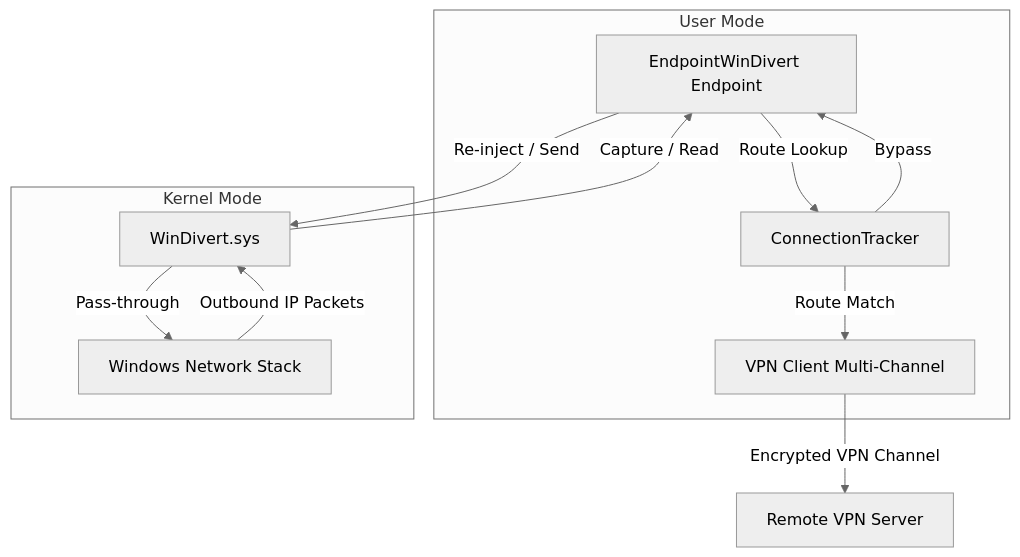
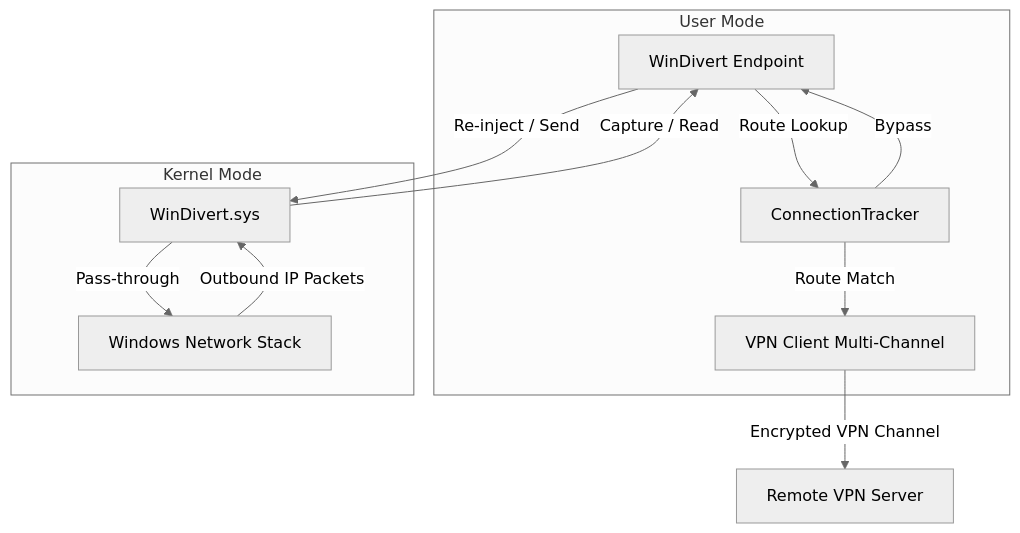
Before and after one commit to kghost/great-hole: the diagram in src/core/windows/DESIGN.md, drawn with Mermaid (neutral theme). The commit also changed other lines of this file and 6 other files, not shown here.

Commit message:
feat: implement WinDivert endpoint for Windows network redirection and add build workflow documentation

````diff
--- a/src/core/windows/DESIGN.md
+++ b/src/core/windows/DESIGN.md
@@ -9,23 +9,23 @@
 ```mermaid
 graph TD
     subgraph User Mode
         VpnClient[VPN Client Multi-Channel]
-        EndpointWinDivert[EndpointWinDivert Endpoint]
+        WinDivert[WinDivert Endpoint]
         ConnTrack[ConnectionTracker]
     end
     subgraph Kernel Mode
         WinDivertDriver[WinDivert.sys]
         NetStack[Windows Network Stack]
     end
     
     NetStack -->|Outbound IP Packets| WinDivertDriver
-    WinDivertDriver -->|Capture / Read| EndpointWinDivert
-    EndpointWinDivert -->|Route Lookup| ConnTrack
+    WinDivertDriver -->|Capture / Read| WinDivert
+    WinDivert -->|Route Lookup| ConnTrack
     
-    ConnTrack -->|Bypass| EndpointWinDivert
-    EndpointWinDivert -->|Re-inject / Send| WinDivertDriver
+    ConnTrack -->|Bypass| WinDivert
+    WinDivert -->|Re-inject / Send| WinDivertDriver
     WinDivertDriver -->|Pass-through| NetStack
     
     ConnTrack -->|Route Match| VpnClient
     VpnClient -->|Encrypted VPN Channel| Remote[Remote VPN Server]
 ```
````
